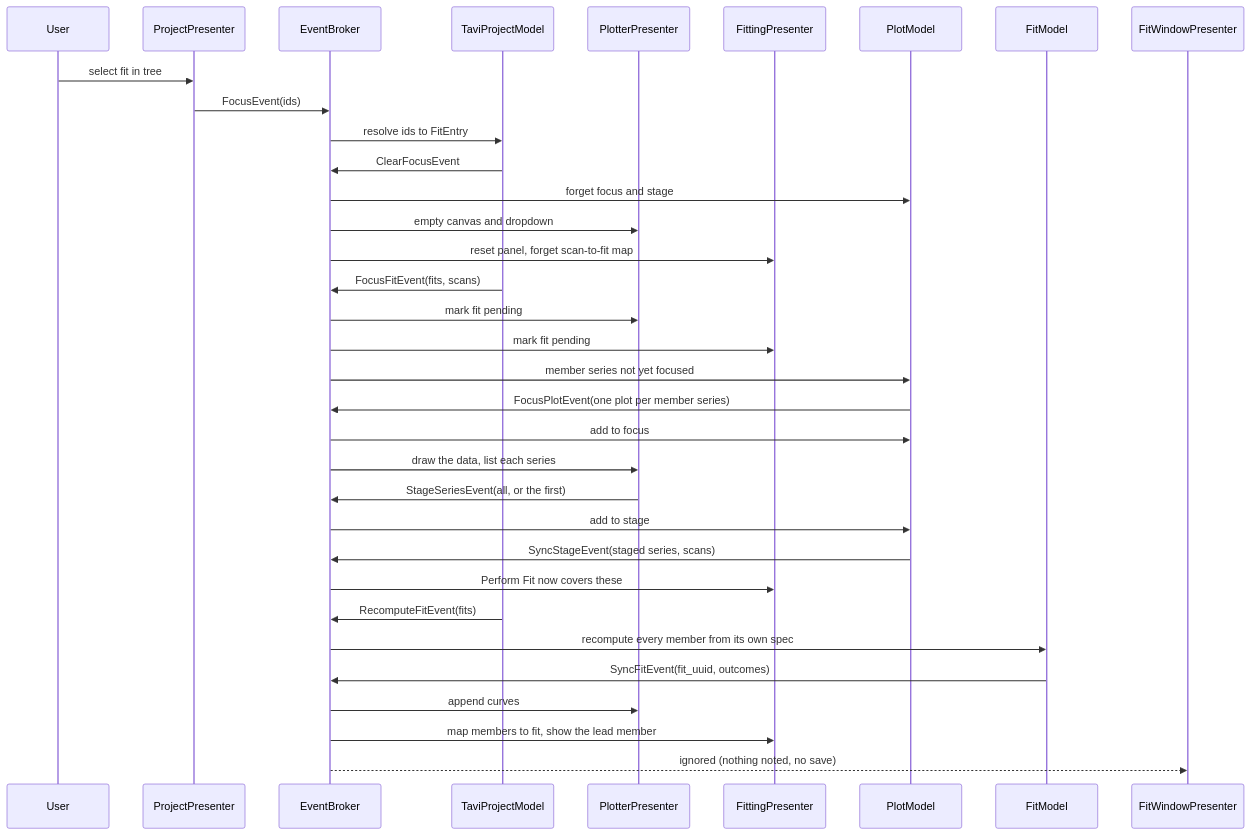
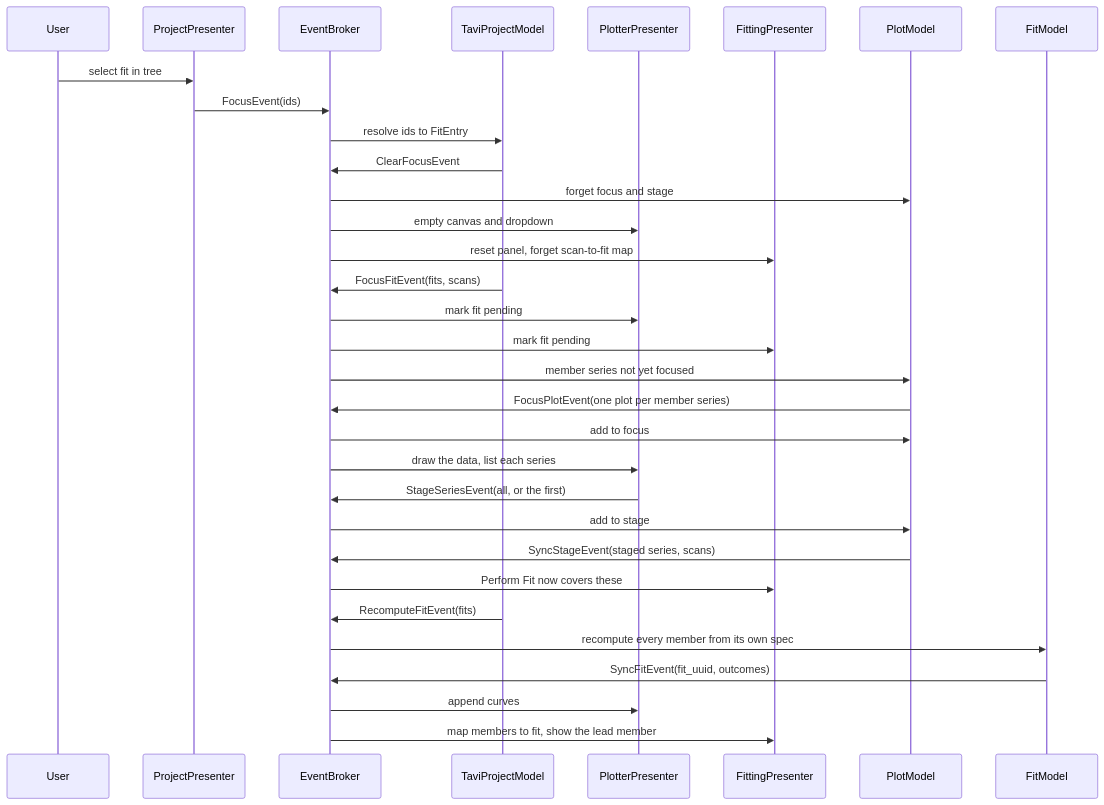
One commit to neutrons/TAVI changed the fifth of 8 diagrams in docs/source/design/frontend/fit_data_model.rst. Above: the diagram before and after it, drawn with Mermaid. The commit also changed other lines of this file and 20 other files, not shown here.

```diff
--- a/docs/source/design/frontend/fit_data_model.rst
+++ b/docs/source/design/frontend/fit_data_model.rst
@@ -403,37 +457,37 @@
 .. mermaid::
 
     sequenceDiagram
         participant User
         participant ProjectPresenter
         participant EventBroker
         participant TaviProjectModel
         participant PlotterPresenter
         participant FittingPresenter
         participant PlotModel
         participant FitModel
-        participant FitWindowPresenter
+        %% Deprecated: participant FitWindowPresenter
 
         User ->> ProjectPresenter: select fit in tree
         ProjectPresenter ->> EventBroker: FocusEvent(ids)
         EventBroker ->> TaviProjectModel: resolve ids to FitEntry
         TaviProjectModel ->> EventBroker: ClearFocusEvent
         EventBroker ->> PlotModel: forget focus and stage
         EventBroker ->> PlotterPresenter: empty canvas and dropdown
         EventBroker ->> FittingPresenter: reset panel, forget scan-to-fit map
         TaviProjectModel ->> EventBroker: FocusFitEvent(fits, scans)
         EventBroker ->> PlotterPresenter: mark fit pending
         EventBroker ->> FittingPresenter: mark fit pending
         EventBroker ->> PlotModel: member series not yet focused
         PlotModel ->> EventBroker: FocusPlotEvent(one plot per member series)
         EventBroker ->> PlotModel: add to focus
         EventBroker ->> PlotterPresenter: draw the data, list each series
         PlotterPresenter ->> EventBroker: StageSeriesEvent(all, or the first)
         EventBroker ->> PlotModel: add to stage
         PlotModel ->> EventBroker: SyncStageEvent(staged series, scans)
         EventBroker ->> FittingPresenter: Perform Fit now covers these
         TaviProjectModel ->> EventBroker: RecomputeFitEvent(fits)
         EventBroker ->> FitModel: recompute every member from its own spec
         FitModel ->> EventBroker: SyncFitEvent(fit_uuid, outcomes)
         EventBroker ->> PlotterPresenter: append curves
         EventBroker ->> FittingPresenter: map members to fit, show the lead member
-        EventBroker -->> FitWindowPresenter: ignored (nothing noted, no save)
+        %% Deprecated: EventBroker -->> FitWindowPresenter: ignored (nothing noted, no save)
```
